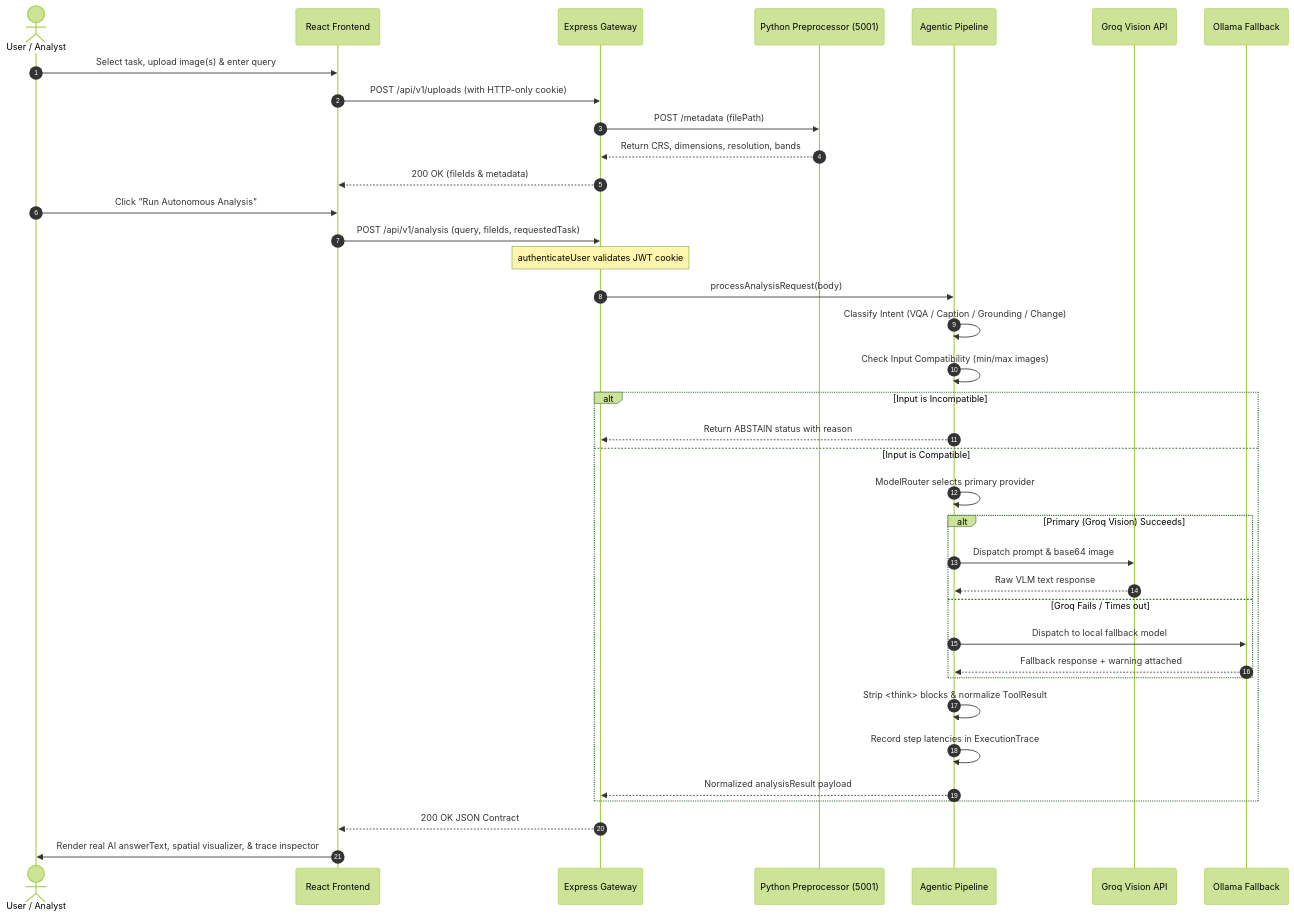
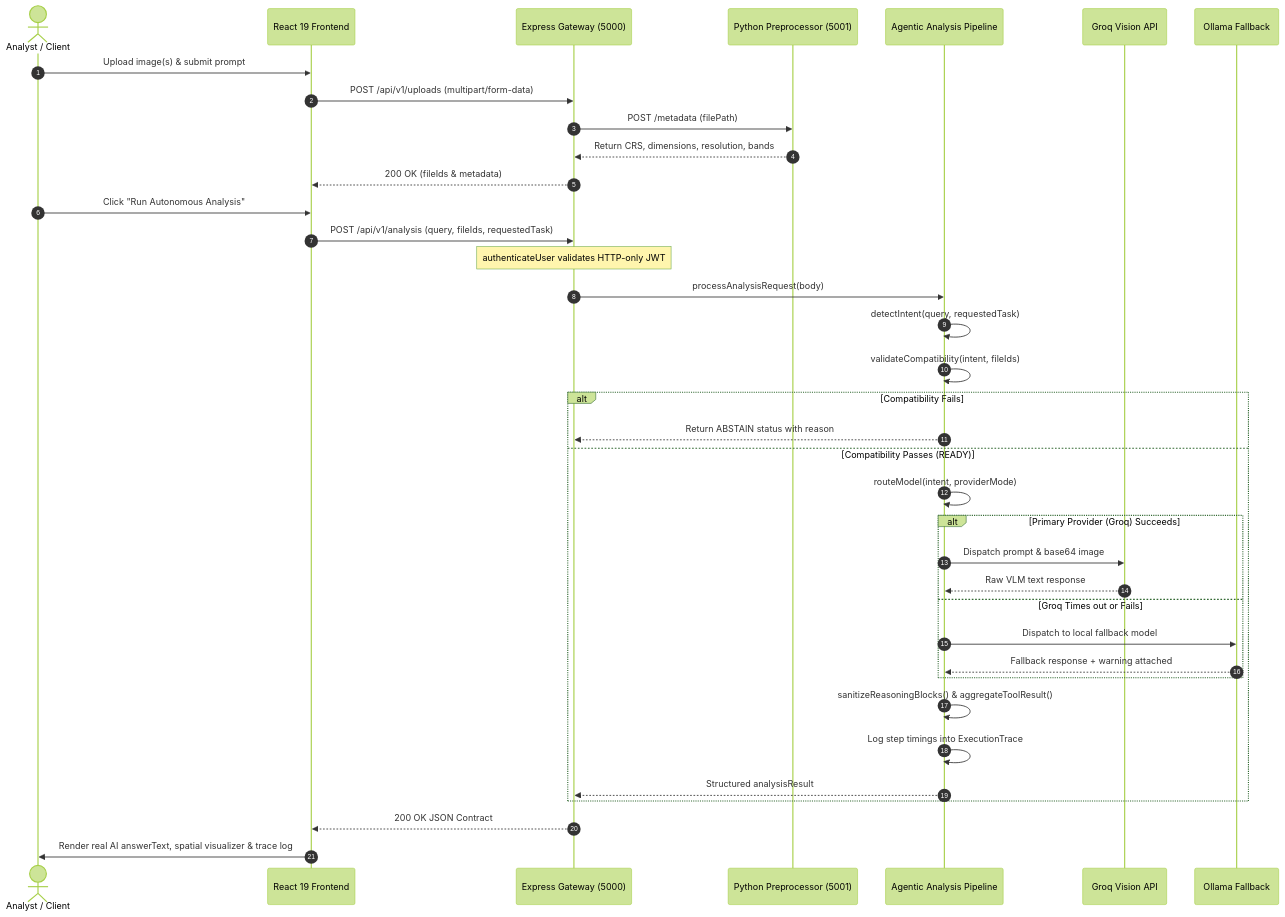
One commit to KrxnTech/SatVistaar-SIH changed the fifth of 5 diagrams in README.md. Above: the diagram before and after it, drawn with Mermaid (forest theme). The commit also changed other lines of this file, not shown here.

Commit message:
update(REAMDE.md - flow chart , project user flow explanation)

````diff
--- a/README.md
+++ b/README.md
@@ -142,46 +221,46 @@
 ```mermaid
 sequenceDiagram
     autonumber
-    actor User as User / Analyst
-    participant React as React Frontend
-    participant Express as Express Gateway
+    actor Analyst as Analyst / Client
+    participant Frontend as React 19 Frontend
+    participant Gateway as Express Gateway (5000)
     participant Preproc as Python Preprocessor (5001)
-    participant Agent as Agentic Pipeline
+    participant Agent as Agentic Analysis Pipeline
     participant Groq as Groq Vision API
     participant Ollama as Ollama Fallback
 
-    User->>React: Select task, upload image(s) & enter query
-    React->>Express: POST /api/v1/uploads (with HTTP-only cookie)
-    Express->>Preproc: POST /metadata (filePath)
-    Preproc-->>Express: Return CRS, dimensions, resolution, bands
-    Express-->>React: 200 OK (fileIds & metadata)
+    Analyst->>Frontend: Upload image(s) & submit prompt
+    Frontend->>Gateway: POST /api/v1/uploads (multipart/form-data)
+    Gateway->>Preproc: POST /metadata (filePath)
+    Preproc-->>Gateway: Return CRS, dimensions, resolution, bands
+    Gateway-->>Frontend: 200 OK (fileIds & metadata)
 
-    User->>React: Click "Run Autonomous Analysis"
-    React->>Express: POST /api/v1/analysis (query, fileIds, requestedTask)
-    Note over Express: authenticateUser validates JWT cookie
+    Analyst->>Frontend: Click "Run Autonomous Analysis"
+    Frontend->>Gateway: POST /api/v1/analysis (query, fileIds, requestedTask)
+    Note over Gateway: authenticateUser validates HTTP-only JWT
 
-    Express->>Agent: processAnalysisRequest(body)
-    Agent->>Agent: Classify Intent (VQA / Caption / Grounding / Change)
-    Agent->>Agent: Check Input Compatibility (min/max images)
-    
-    alt Input is Incompatible
-        Agent-->>Express: Return ABSTAIN status with reason
-    else Input is Compatible
-        Agent->>Agent: ModelRouter selects primary provider
+    Gateway->>Agent: processAnalysisRequest(body)
+    Agent->>Agent: detectIntent(query, requestedTask)
+    Agent->>Agent: validateCompatibility(intent, fileIds)
+
+    alt Compatibility Fails
+        Agent-->>Gateway: Return ABSTAIN status with reason
+    else Compatibility Passes (READY)
+        Agent->>Agent: routeModel(intent, providerMode)
         
-        alt Primary (Groq Vision) Succeeds
+        alt Primary Provider (Groq) Succeeds
             Agent->>Groq: Dispatch prompt & base64 image
             Groq-->>Agent: Raw VLM text response
-        else Groq Fails / Times out
+        else Groq Times out or Fails
             Agent->>Ollama: Dispatch to local fallback model
             Ollama-->>Agent: Fallback response + warning attached
         end
 
-        Agent->>Agent: Strip <think> blocks & normalize ToolResult
-        Agent->>Agent: Record step latencies in ExecutionTrace
-        Agent-->>Express: Normalized analysisResult payload
+        Agent->>Agent: sanitizeReasoningBlocks() & aggregateToolResult()
+        Agent->>Agent: Log step timings into ExecutionTrace
+        Agent-->>Gateway: Structured analysisResult
     end
 
-    Express-->>React: 200 OK JSON Contract
-    React->>User: Render real AI answerText, spatial visualizer, & trace inspector
+    Gateway-->>Frontend: 200 OK JSON Contract
+    Frontend->>Analyst: Render real AI answerText, spatial visualizer & trace log
 ```
````
